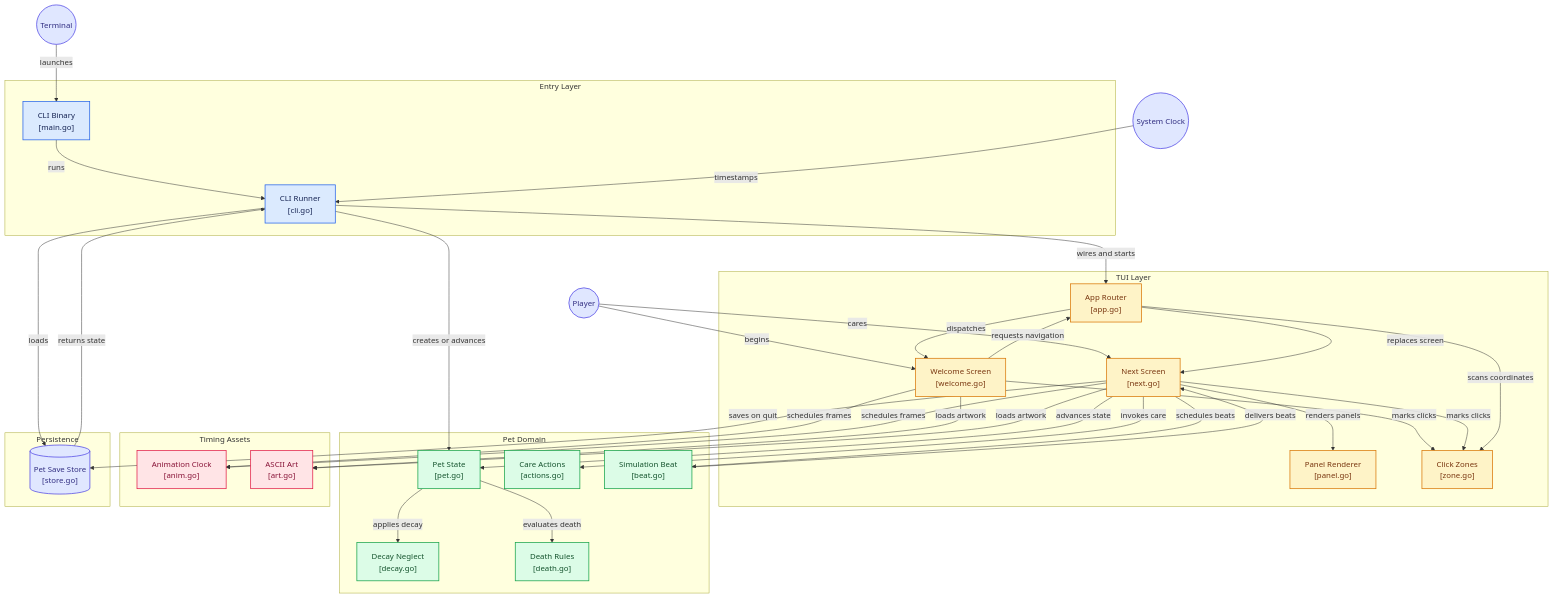
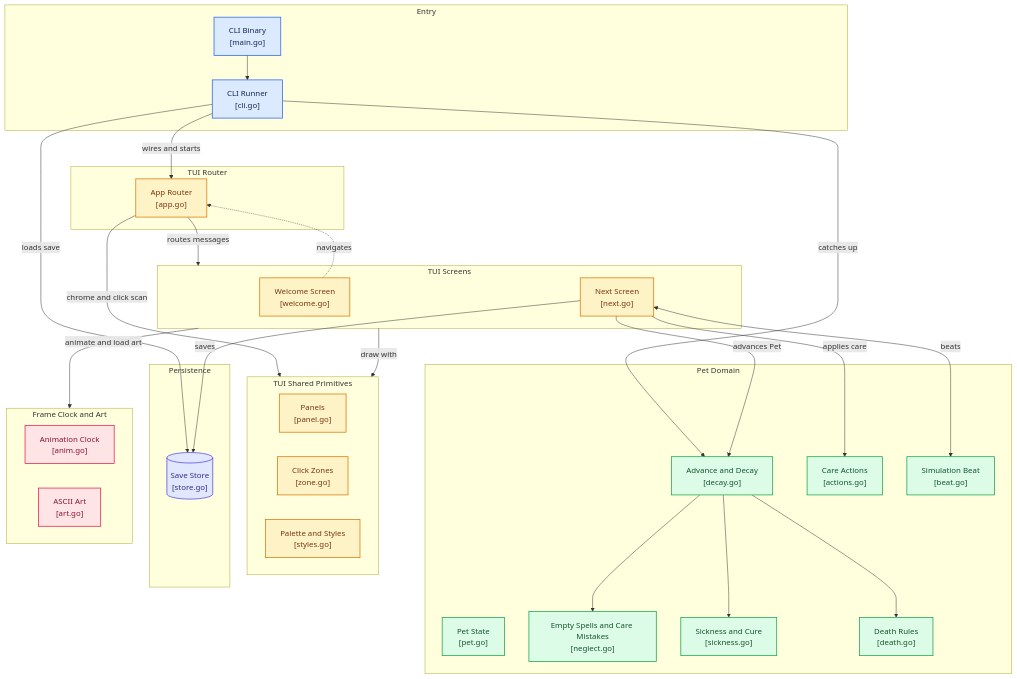
Before and after one commit to leekli/tamagotchi-go: the diagram in README.md, drawn with Mermaid. The commit also changed other lines of this file, not shown here.

Commit message:
docs: simplify the architecture diagram and align the README tables
Redraw the architecture diagram with sickness.go, neglect.go and the shared
tui styles.go added, and fewer edges (16, down from 27). Files are grouped by
layer and each group is linked once, instead of every Screen being linked to
every helper it uses. The Player, Terminal and System Clock nodes and the
unused colour classes are gone. Every edge was checked against the code, and
every node still links to its file.

Column-align the Markdown tables in the source, and shorten the Controls
table's widest cell.

````diff
--- a/README.md
+++ b/README.md
@@ -292,67 +292,65 @@
 ```mermaid
 flowchart TD
 
-subgraph group_entry["Entry Layer"]
+subgraph group_entry["Entry"]
   node_main["CLI Binary<br/>[main.go]"]
   node_cli["CLI Runner<br/>[cli.go]"]
 end
 
-subgraph group_ui["TUI Layer"]
+subgraph group_router["TUI Router"]
   node_app["App Router<br/>[app.go]"]
+end
+
+subgraph group_screens["TUI Screens"]
   node_welcome["Welcome Screen<br/>[welcome.go]"]
   node_next["Next Screen<br/>[next.go]"]
-  node_panel["Panel Renderer<br/>[panel.go]"]
+end
+
+subgraph group_shared["TUI Shared Primitives"]
+  node_panel["Panels<br/>[panel.go]"]
   node_zones["Click Zones<br/>[zone.go]"]
+  node_styles["Palette and Styles<br/>[styles.go]"]
 end
 
 subgraph group_domain["Pet Domain"]
   node_pet["Pet State<br/>[pet.go]"]
+  node_advance["Advance and Decay<br/>[decay.go]"]
+  node_neglect["Empty Spells and Care Mistakes<br/>[neglect.go]"]
+  node_sickness["Sickness and Cure<br/>[sickness.go]"]
+  node_death["Death Rules<br/>[death.go]"]
   node_care["Care Actions<br/>[actions.go]"]
-  node_decay["Decay Neglect<br/>[decay.go]"]
-  node_death["Death Rules<br/>[death.go]"]
   node_beat["Simulation Beat<br/>[beat.go]"]
 end
 
-subgraph group_support["Timing Assets"]
+subgraph group_storage["Persistence"]
+  node_store[("Save Store<br/>[store.go]")]
+end
+
+subgraph group_support["Frame Clock and Art"]
   node_anim["Animation Clock<br/>[anim.go]"]
   node_art["ASCII Art<br/>[art.go]"]
 end
 
-subgraph group_storage["Persistence"]
-  node_store[("Pet Save Store<br/>[store.go]")]
-end
+node_main --> node_cli
+node_cli -->|"wires and starts"| node_app
+node_cli -->|"loads save"| node_store
+node_cli -->|"catches up"| node_advance
 
-node_player(("Player"))
-node_terminal(("Terminal"))
-node_clock(("System Clock"))
+node_app -->|"routes messages"| group_screens
+node_welcome -.->|"navigates"| node_app
 
-node_terminal -->|"launches"| node_main
-node_player -->|"begins"| node_welcome
-node_player -->|"cares"| node_next
-node_main -->|"runs"| node_cli
-node_clock -->|"timestamps"| node_cli
-node_cli -->|"loads"| node_store
-node_store -->|"returns state"| node_cli
-node_cli -->|"creates or advances"| node_pet
-node_cli -->|"wires and starts"| node_app
-node_app -->|"dispatches"| node_welcome
-node_welcome -->|"requests navigation"| node_app
-node_app -->|"replaces screen"| node_next
-node_next -->|"advances state"| node_pet
-node_next -->|"invokes care"| node_care
-node_next -->|"schedules beats"| node_beat
-node_beat -->|"delivers beats"| node_next
-node_pet -->|"applies decay"| node_decay
-node_pet -->|"evaluates death"| node_death
-node_next -->|"saves on quit"| node_store
-node_welcome -->|"schedules frames"| node_anim
-node_next -->|"schedules frames"| node_anim
-node_welcome -->|"loads artwork"| node_art
-node_next -->|"loads artwork"| node_art
-node_welcome -->|"marks clicks"| node_zones
-node_next -->|"marks clicks"| node_zones
-node_app -->|"scans coordinates"| node_zones
-node_next -->|"renders panels"| node_panel
+node_next -->|"advances Pet"| node_advance
+node_next -->|"applies care"| node_care
+node_next <-->|"beats"| node_beat
+node_next -->|"saves"| node_store
+
+node_advance --> node_neglect
+node_advance --> node_sickness
+node_advance --> node_death
+
+node_app -->|"chrome and click scan"| group_shared
+group_screens -->|"draw with"| group_shared
+group_screens -->|"animate and load art"| group_support
 
 click node_main "https://github.com/leekli/tamagotchi-go/blob/main/cmd/tamagotchi-go/main.go"
 click node_cli "https://github.com/leekli/tamagotchi-go/blob/main/internal/cli/cli.go"
@@ -361,25 +359,26 @@
 click node_next "https://github.com/leekli/tamagotchi-go/blob/main/internal/tui/next/next.go"
 click node_panel "https://github.com/leekli/tamagotchi-go/blob/main/internal/tui/panel.go"
 click node_zones "https://github.com/leekli/tamagotchi-go/blob/main/internal/tui/zone.go"
+click node_styles "https://github.com/leekli/tamagotchi-go/blob/main/internal/tui/styles.go"
 click node_pet "https://github.com/leekli/tamagotchi-go/blob/main/internal/pet/pet.go"
+click node_advance "https://github.com/leekli/tamagotchi-go/blob/main/internal/pet/decay.go"
+click node_neglect "https://github.com/leekli/tamagotchi-go/blob/main/internal/pet/neglect.go"
+click node_sickness "https://github.com/leekli/tamagotchi-go/blob/main/internal/pet/sickness.go"
+click node_death "https://github.com/leekli/tamagotchi-go/blob/main/internal/pet/death.go"
 click node_care "https://github.com/leekli/tamagotchi-go/blob/main/internal/pet/actions.go"
-click node_decay "https://github.com/leekli/tamagotchi-go/blob/main/internal/pet/decay.go"
-click node_death "https://github.com/leekli/tamagotchi-go/blob/main/internal/pet/death.go"
 click node_beat "https://github.com/leekli/tamagotchi-go/blob/main/internal/pet/beat.go"
+click node_store "https://github.com/leekli/tamagotchi-go/blob/main/internal/pet/store.go"
 click node_anim "https://github.com/leekli/tamagotchi-go/blob/main/internal/anim/anim.go"
 click node_art "https://github.com/leekli/tamagotchi-go/blob/main/internal/art/art.go"
-click node_store "https://github.com/leekli/tamagotchi-go/blob/main/internal/pet/store.go"
 
-classDef toneNeutral fill:#f8fafc,stroke:#334155,stroke-width:1.5px,color:#0f172a
 classDef toneBlue fill:#dbeafe,stroke:#2563eb,stroke-width:1.5px,color:#172554
 classDef toneAmber fill:#fef3c7,stroke:#d97706,stroke-width:1.5px,color:#78350f
 classDef toneMint fill:#dcfce7,stroke:#16a34a,stroke-width:1.5px,color:#14532d
 classDef toneRose fill:#ffe4e6,stroke:#e11d48,stroke-width:1.5px,color:#881337
 classDef toneIndigo fill:#e0e7ff,stroke:#4f46e5,stroke-width:1.5px,color:#312e81
-classDef toneTeal fill:#ccfbf1,stroke:#0f766e,stroke-width:1.5px,color:#134e4a
 class node_main,node_cli toneBlue
-class node_app,node_welcome,node_next,node_panel,node_zones toneAmber
-class node_pet,node_care,node_decay,node_death,node_beat toneMint
+class node_app,node_welcome,node_next,node_panel,node_zones,node_styles toneAmber
+class node_pet,node_advance,node_neglect,node_sickness,node_death,node_care,node_beat toneMint
 class node_anim,node_art toneRose
-class node_store,node_player,node_terminal,node_clock toneIndigo
+class node_store toneIndigo
 ```
````
